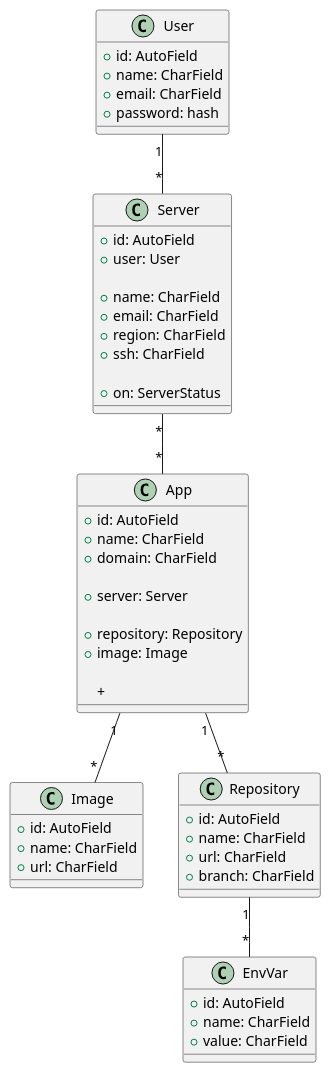
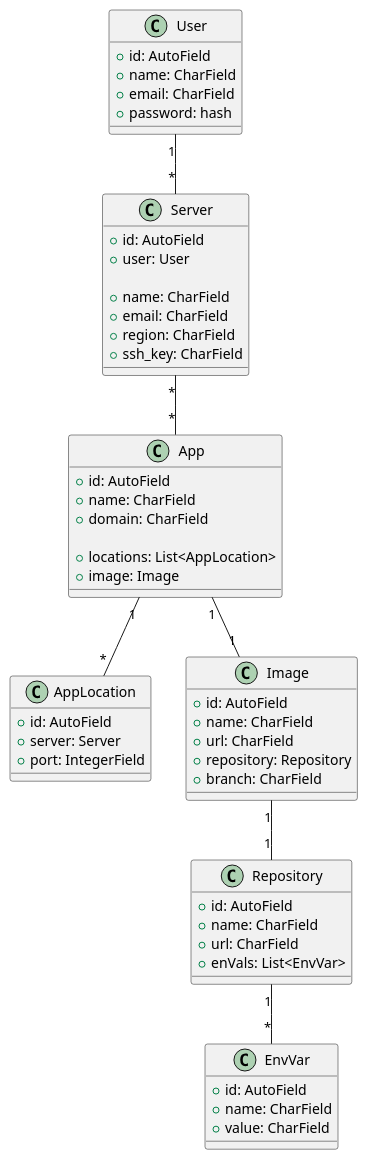
One commit to StevenMZH/hermes-deploy-service changed the diagram in docs/diagrams/classes.puml. Above: the diagram before and after it, drawn with PlantUML. The commit also changed 12 other files, not shown here.

```diff
--- a/docs/diagrams/classes.puml
+++ b/docs/diagrams/classes.puml
@@ -1,64 +2,68 @@
-@startuml Livestock
+@startuml Hermes Deployment Services
 ' ---------------- Main Models ----------------
 class User {
     +id: AutoField
     +name: CharField
     +email: CharField
     +password: hash
 }
 
 class Server {
     +id: AutoField
     +user: User
     
     +name: CharField
     +email: CharField
     +region: CharField
-    +ssh: CharField
-
-    +on: ServerStatus
+    +ssh_key: CharField
+    ' +on: ServerStatus
 }
 
 class App {
     +id: AutoField
     +name: CharField
     +domain: CharField
     
+    +locations: List<AppLocation>
+    +image: Image
+}
+
+class AppLocation {
+    +id: AutoField
     +server: Server
-    
-    +repository: Repository
-    +image: Image
-
-    +
+    +port: IntegerField
 }
 
 class Image {
     +id: AutoField
     +name: CharField
     +url: CharField
+    +repository: Repository
+    +branch: CharField
 }
 
 class Repository {
     +id: AutoField
     +name: CharField
     +url: CharField
-    +branch: CharField
+    +enVals: List<EnvVar>
 }
 
 class EnvVar{
     +id: AutoField
     +name: CharField
     +value: CharField
 }
 
 
 ' ---------------- Relationships ----------------
 User "1" -- "*" Server
 Server "*" -- "*" App
 
-App "1" -- "*" Repository
-App "1" -- "*" Image
+App "1" -- "1" Image
+App "1" -- "*" AppLocation
+Image "1" -- "1" Repository
 
 Repository "1" -- "*" EnvVar
 
 @enduml
```
